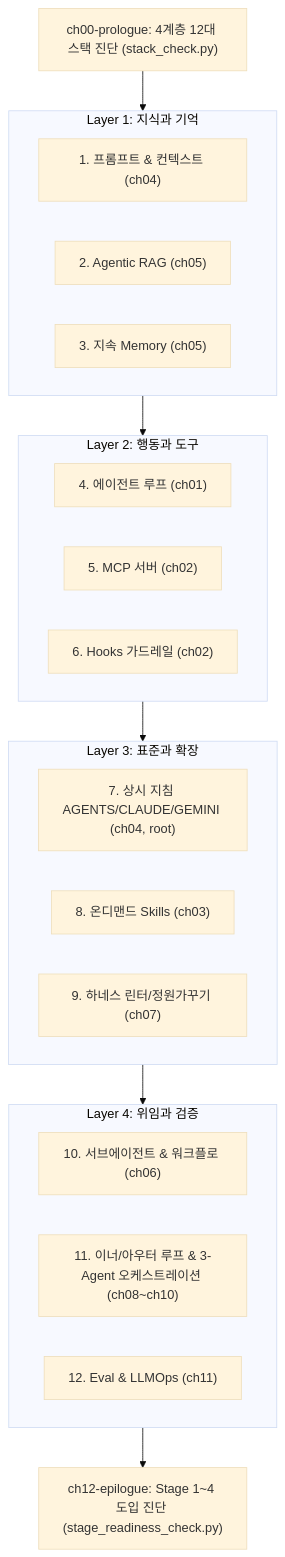
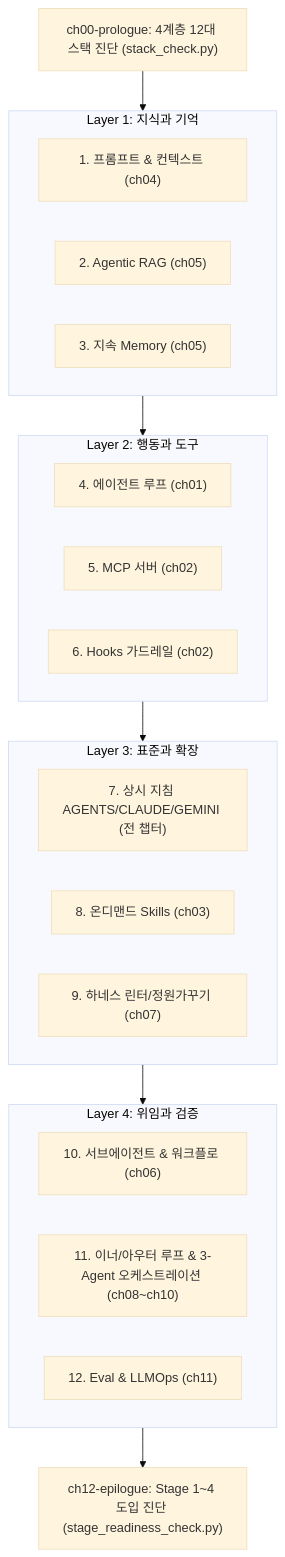
The diagram in README.md (yojulab/learn_Loop_engineering), drawn with Mermaid (base theme) before and after one commit. The commit also changed other lines of this file and 260 other files, not shown here.

````diff
--- a/README.md
+++ b/README.md
@@ -26,27 +26,27 @@
 ```mermaid
 flowchart TB
     L0["ch00-prologue: 4계층 12대 스택 진단 (stack_check.py)"]
     subgraph L1["Layer 1: 지식과 기억"]
         E1["1. 프롬프트 & 컨텍스트 (ch04)"]
         E2["2. Agentic RAG (ch05)"]
         E3["3. 지속 Memory (ch05)"]
     end
     subgraph L2["Layer 2: 행동과 도구"]
         E4["4. 에이전트 루프 (ch01)"]
         E5["5. MCP 서버 (ch02)"]
         E6["6. Hooks 가드레일 (ch02)"]
     end
     subgraph L3["Layer 3: 표준과 확장"]
-        E7["7. 상시 지침 AGENTS/CLAUDE/GEMINI (ch04, root)"]
+        E7["7. 상시 지침 AGENTS/CLAUDE/GEMINI (전 챕터)"]
         E8["8. 온디맨드 Skills (ch03)"]
         E9["9. 하네스 린터/정원가꾸기 (ch07)"]
     end
     subgraph L4["Layer 4: 위임과 검증"]
         E10["10. 서브에이전트 & 워크플로 (ch06)"]
         E11["11. 이너/아우터 루프 & 3-Agent 오케스트레이션 (ch08~ch10)"]
         E12["12. Eval & LLMOps (ch11)"]
     end
     L12["ch12-epilogue: Stage 1~4 도입 진단 (stage_readiness_check.py)"]
 
     L0 --> L1 --> L2 --> L3 --> L4 --> L12
 ```
````
